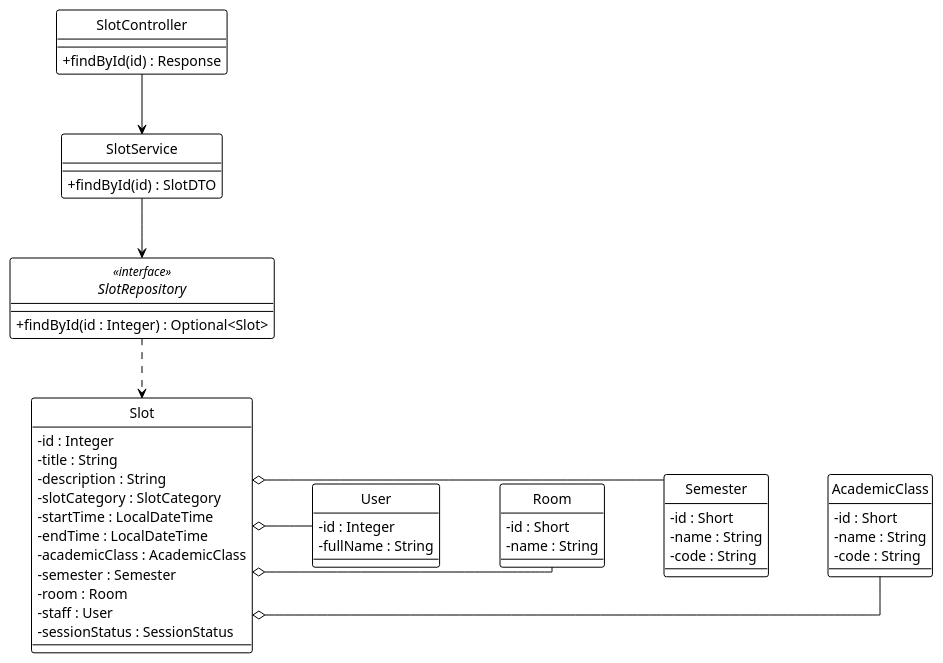
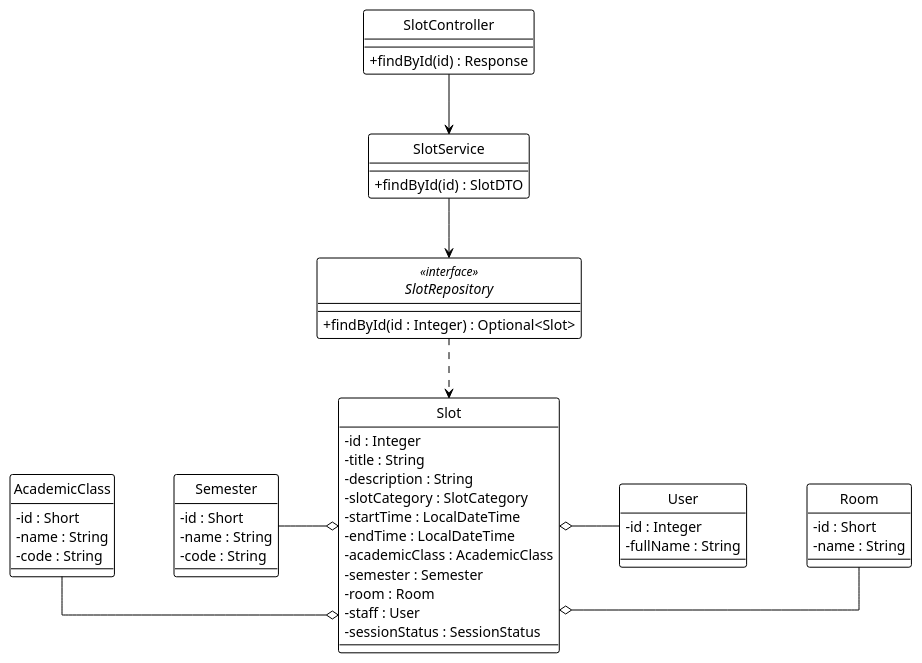
The diagram in system_detailed_design/72_view_slot_details/class_diagram_view_slot_details.puml (Ndh474/context), drawn with PlantUML before and after one commit. The commit also changed 12 other files, not shown here.

```diff
--- a/system_detailed_design/72_view_slot_details/class_diagram_view_slot_details.puml
+++ b/system_detailed_design/72_view_slot_details/class_diagram_view_slot_details.puml
@@ -1,76 +1,76 @@
 @startuml view_slot_details
 !theme plain
 hide circle
 skinparam classAttributeIconSize 0
 
 ' --- CẤU HÌNH "ORTHO" (BẮT BUỘC) ---
 skinparam linetype ortho
 skinparam nodesep 60
 skinparam ranksep 60
 
 ' --- CONTROLLER ---
 class SlotController {
   + findById(id) : Response
 }
 
 ' --- SERVICE ---
 class SlotService {
   + findById(id) : SlotDTO
 }
 
 ' --- REPOSITORY ---
 interface SlotRepository <<interface>> {
   + findById(id : Integer) : Optional<Slot>
 }
 
 ' --- ENTITIES ---
+class AcademicClass {
+  - id : Short
+  - name : String
+  - code : String
+}
+
+class Semester {
+  - id : Short
+  - name : String
+  - code : String
+}
+
 class Slot {
   - id : Integer
   - title : String
   - description : String
   - slotCategory : SlotCategory
   - startTime : LocalDateTime
   - endTime : LocalDateTime
   - academicClass : AcademicClass
   - semester : Semester
   - room : Room
   - staff : User
   - sessionStatus : SessionStatus
-}
-
-class AcademicClass {
-  - id : Short
-  - name : String
-  - code : String
-}
-
-class Semester {
-  - id : Short
-  - name : String
-  - code : String
 }
 
 class Room {
   - id : Short
   - name : String
 }
 
 class User {
   - id : Integer
   - fullName : String
 }
 
 ' --- DEPENDENCY INJECTION (Association) ---
 SlotController -down-> SlotService
 SlotService -down-> SlotRepository
 
 ' --- REPOSITORY USAGE (Dependency) ---
 SlotRepository .down.> Slot
 
 ' --- ENTITY RELATIONSHIPS (Aggregation) ---
-Slot o-right- AcademicClass
-Slot o-right- Semester
+AcademicClass -right-o Slot
+Semester -right-o Slot
 Slot o-right- Room
 Slot o-right- User
 
 @enduml
```
